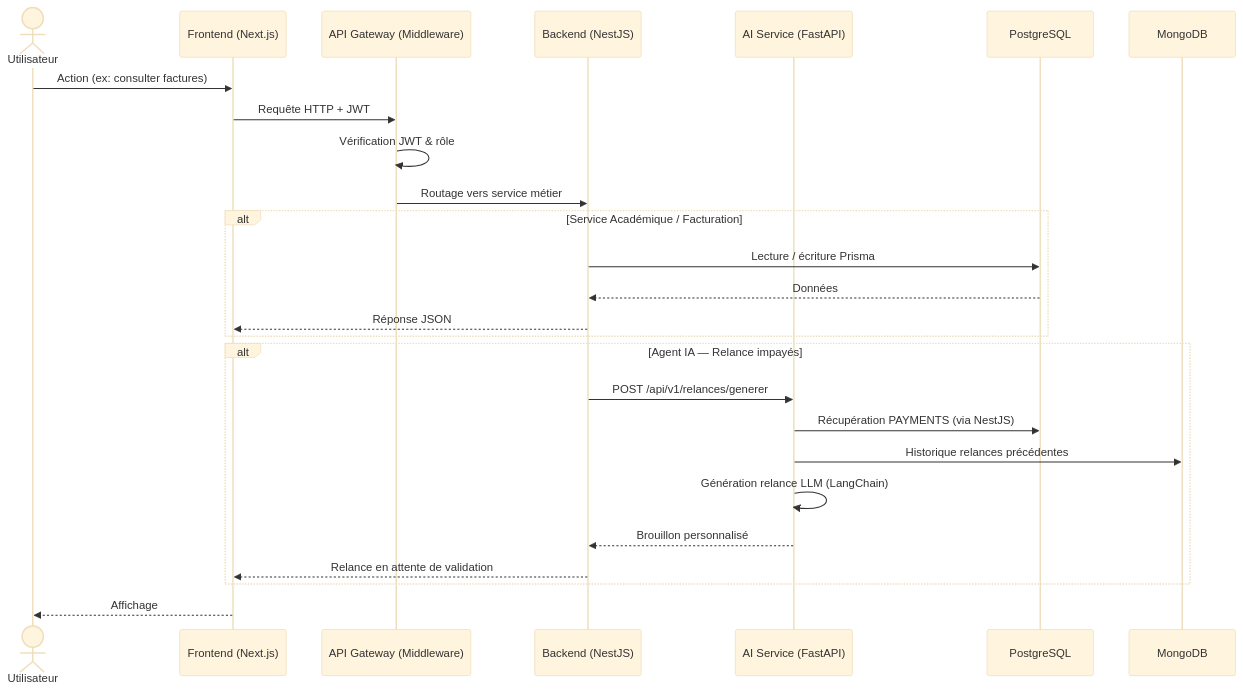
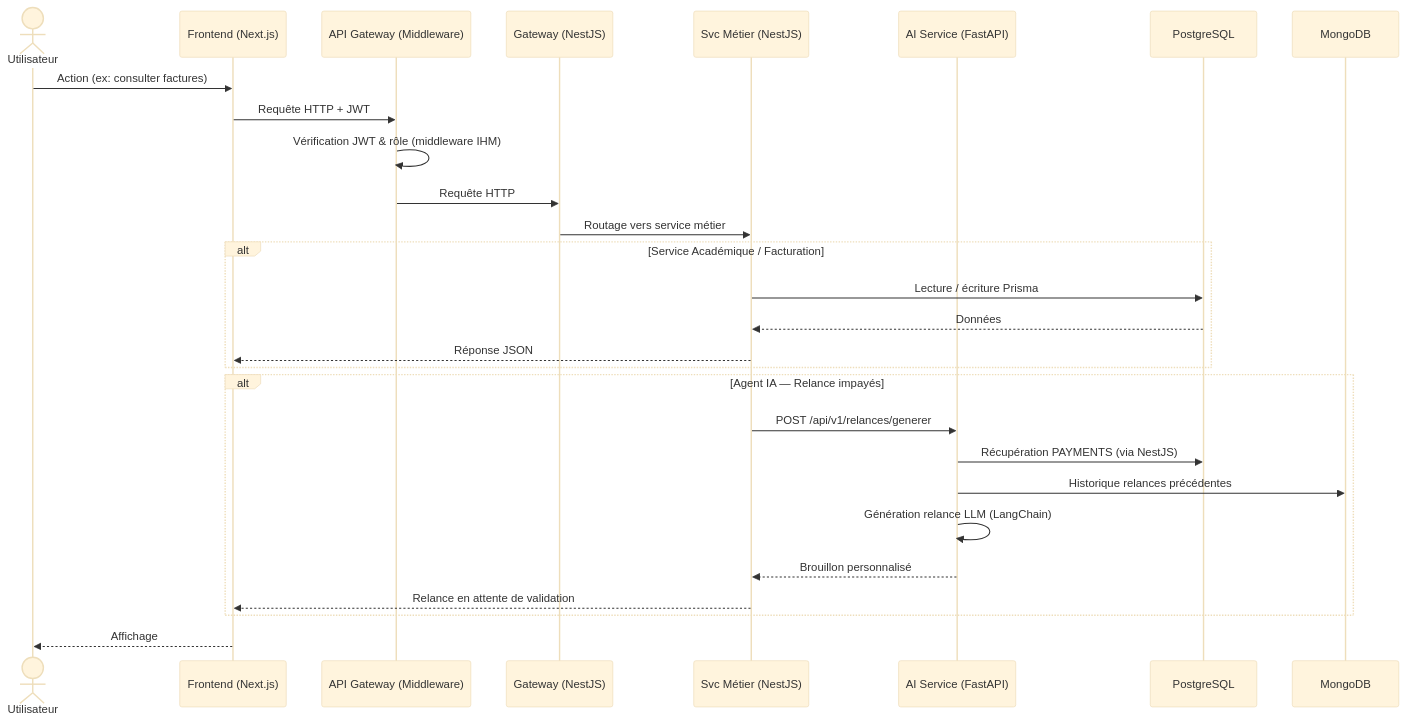
The second of 4 diagrams in docs/architecture-soa.md (novacampus-alliance/novacampus_alliance), drawn with Mermaid (base theme) before and after one commit. The commit also changed other lines of this file and 106 other files, not shown here.

First line of the commit message:
refactor: architecture SOA avec gateway et services metiers independants

````diff
--- a/docs/architecture-soa.md
+++ b/docs/architecture-soa.md
@@ -58,32 +58,34 @@
 ```mermaid
 sequenceDiagram
     actor U as Utilisateur
     participant F as Frontend (Next.js)
     participant G as API Gateway (Middleware)
-    participant B as Backend (NestJS)
+    participant G2 as Gateway (NestJS)
+    participant B as Svc Métier (NestJS)
     participant A as AI Service (FastAPI)
     participant P as PostgreSQL
     participant M as MongoDB
 
     U->>F: Action (ex: consulter factures)
     F->>G: Requête HTTP + JWT
-    G->>G: Vérification JWT & rôle
-    G->>B: Routage vers service métier
+    G->>G: Vérification JWT & rôle (middleware IHM)
+    G->>G2: Requête HTTP
+    G2->>B: Routage vers service métier
 
     alt Service Académique / Facturation
         B->>P: Lecture / écriture Prisma
         P-->>B: Données
         B-->>F: Réponse JSON
     end
 
     alt Agent IA — Relance impayés
         B->>A: POST /api/v1/relances/generer
         A->>P: Récupération PAYMENTS (via NestJS)
         A->>M: Historique relances précédentes
         A->>A: Génération relance LLM (LangChain)
         A-->>B: Brouillon personnalisé
         B-->>F: Relance en attente de validation
     end
 
     F-->>U: Affichage
 ```
````
